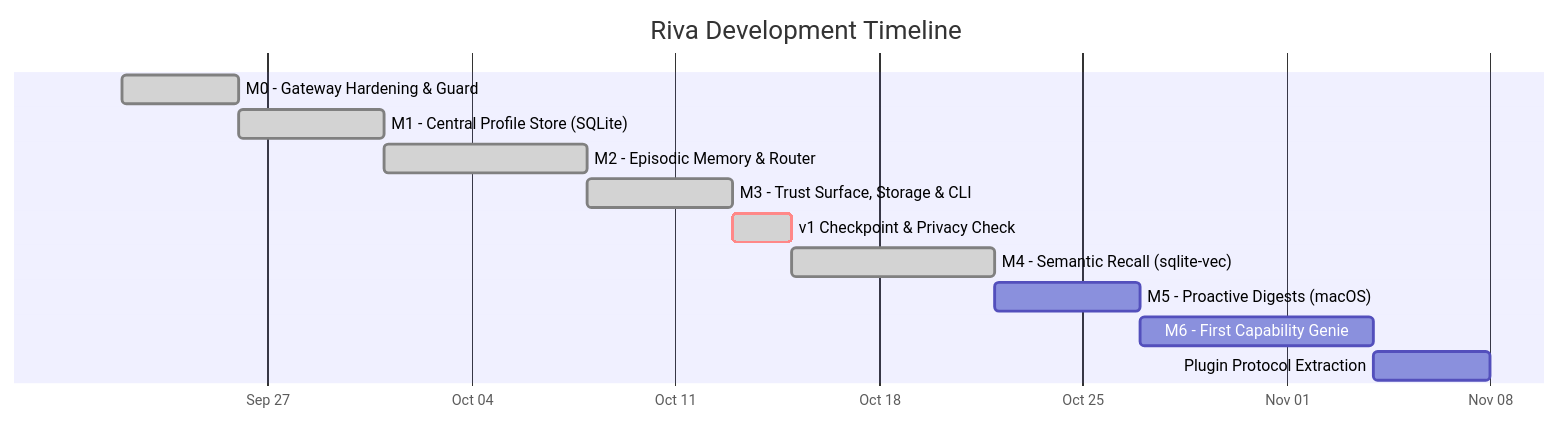
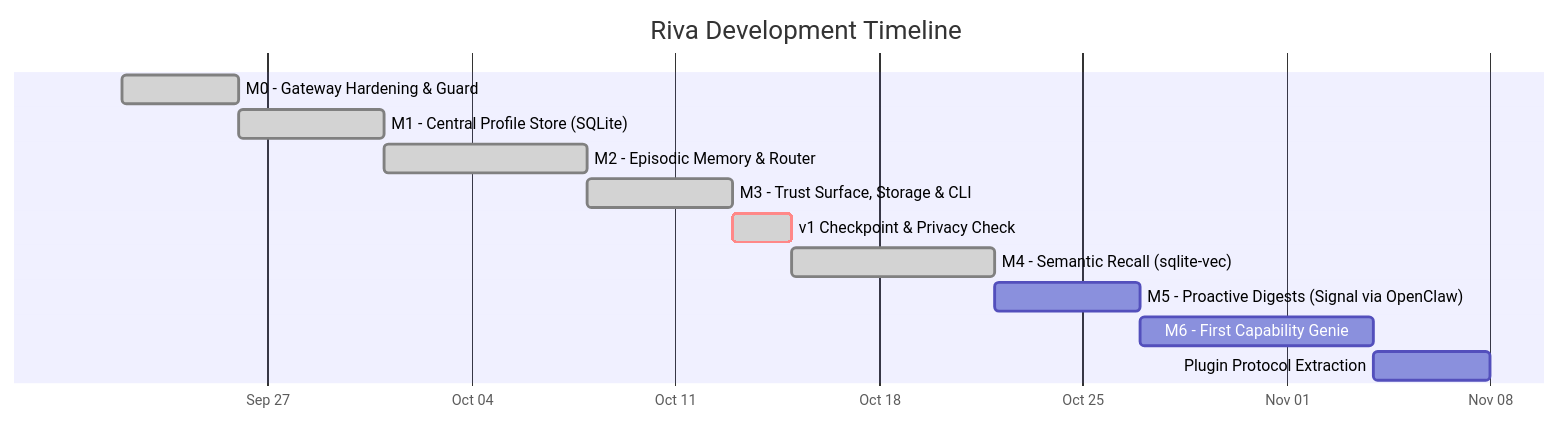
Before and after one commit to anirban-1009/riva: the diagram in docs/product/development-timeline.md, drawn with Mermaid. The commit also changed other lines of this file and 1 other file, not shown here.

Commit message:
docs: update M5 proactive digests to use Signal via OpenClaw

````diff
--- a/docs/product/development-timeline.md
+++ b/docs/product/development-timeline.md
@@ -11,16 +11,16 @@
 ```mermaid
 gantt
   title Riva Development Timeline
   dateFormat  YYYY-MM-DD
   axisFormat  %b %d
 
   M0 - Gateway Hardening & Guard              :done, m0, 2026-09-22, 4d
   M1 - Central Profile Store (SQLite)         :done, m1, after m0, 5d
   M2 - Episodic Memory & Router               :done, m2, after m1, 7d
   M3 - Trust Surface, Storage & CLI           :done, m3, after m2, 5d
   v1 Checkpoint & Privacy Check               :done, crit, v1_done, after m3, 2d
   M4 - Semantic Recall (sqlite-vec)           :done, m4, after v1_done, 7d
-  M5 - Proactive Digests (macOS)              :m5, after m4, 5d
+  M5 - Proactive Digests (Signal via OpenClaw):m5, after m4, 5d
   M6 - First Capability Genie                 :m6, after m5, 8d
   Plugin Protocol Extraction                  :m6_proto, after m6, 4d
 ```
````
